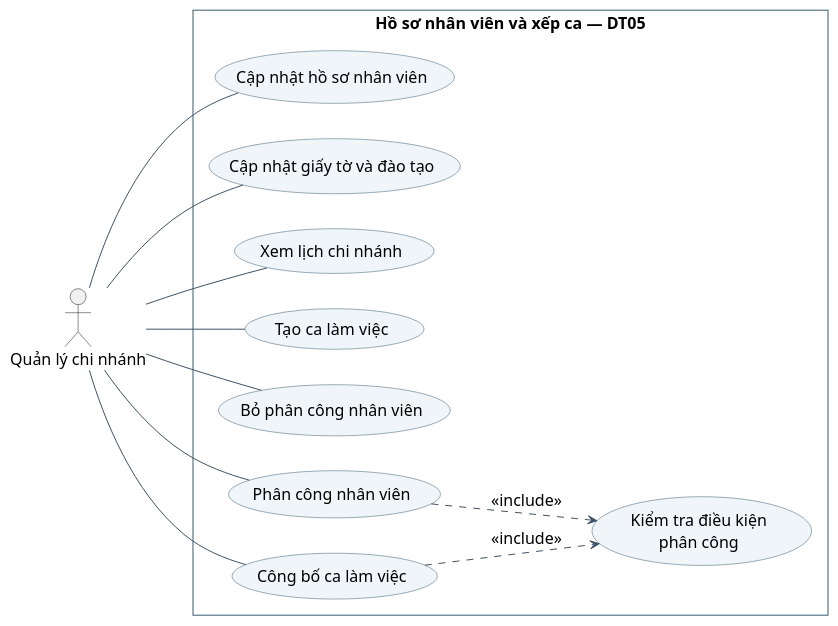
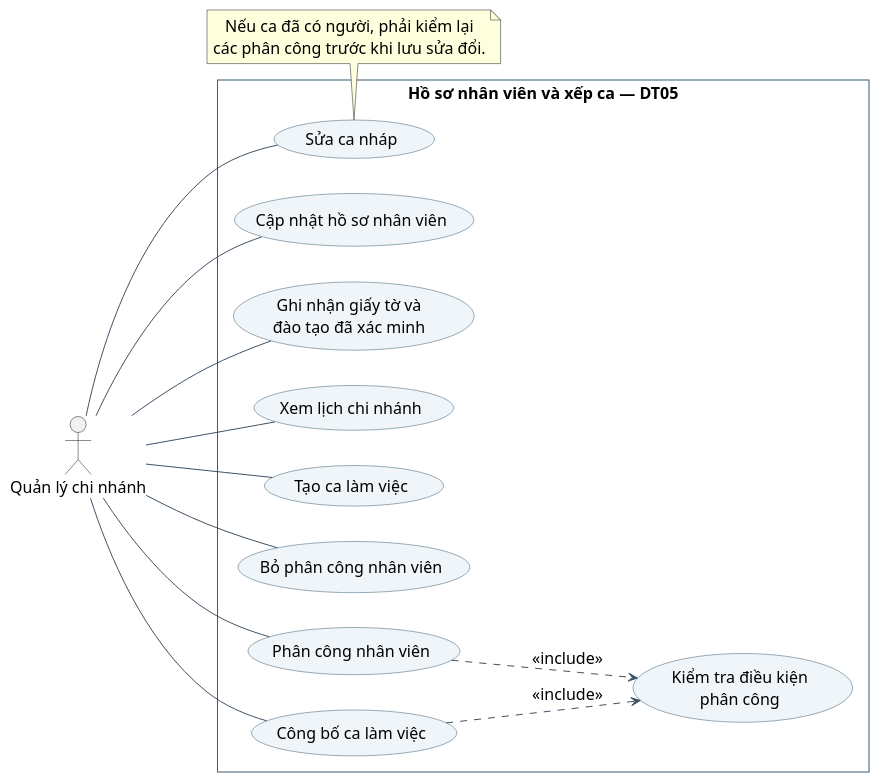
One commit to hn69969669/TTCN_DT05_HoSoNV-SXepCa changed the diagram in HO_SO_DT05/diagram_bao_cao/02_use_case_phan_cong.puml. Above: the diagram before and after it, drawn with PlantUML. The commit also changed 66 other files, not shown here.

```diff
--- a/HO_SO_DT05/diagram_bao_cao/02_use_case_phan_cong.puml
+++ b/HO_SO_DT05/diagram_bao_cao/02_use_case_phan_cong.puml
@@ -1,36 +1,45 @@
 @startuml
 skinparam backgroundColor white
 skinparam defaultFontName Arial
 skinparam defaultFontSize 16
 skinparam shadowing false
 skinparam ArrowColor #3F5264
 skinparam defaultTextAlignment center
 skinparam roundCorner 0
-skinparam monochrome false
 skinparam usecaseBackgroundColor #EFF5F8
 skinparam usecaseBorderColor #385B70
 skinparam rectangleBorderColor #385B70
 skinparam componentStyle rectangle
 skinparam classAttributeIconSize 0
+skinparam activityBackgroundColor #EFF5F8
+skinparam activityBorderColor #385B70
+skinparam stateBackgroundColor #EFF5F8
+skinparam stateBorderColor #385B70
 left to right direction
 actor "Quản lý chi nhánh" as QL
 rectangle "Hồ sơ nhân viên và xếp ca — DT05" {
   usecase "Cập nhật hồ sơ nhân viên" as PROFILE
-  usecase "Cập nhật giấy tờ và đào tạo" as EV
+  usecase "Ghi nhận giấy tờ và\nđào tạo đã xác minh" as EV
   usecase "Xem lịch chi nhánh" as VIEW
   usecase "Tạo ca làm việc" as CREATE
+  usecase "Sửa ca nháp" as EDIT
   usecase "Bỏ phân công nhân viên" as REMOVE
   usecase "Phân công nhân viên" as ASSIGN
   usecase "Công bố ca làm việc" as PUB
   usecase "Kiểm tra điều kiện\nphân công" as CHECK
 }
 QL -- PROFILE
 QL -- EV
 QL -- VIEW
 QL -- CREATE
+QL -- EDIT
 QL -- REMOVE
 QL -- ASSIGN
 QL -- PUB
 ASSIGN ..> CHECK : <<include>>
 PUB ..> CHECK : <<include>>
+note bottom of EDIT
+  Nếu ca đã có người, phải kiểm lại
+  các phân công trước khi lưu sửa đổi.
+end note
 @enduml
```
